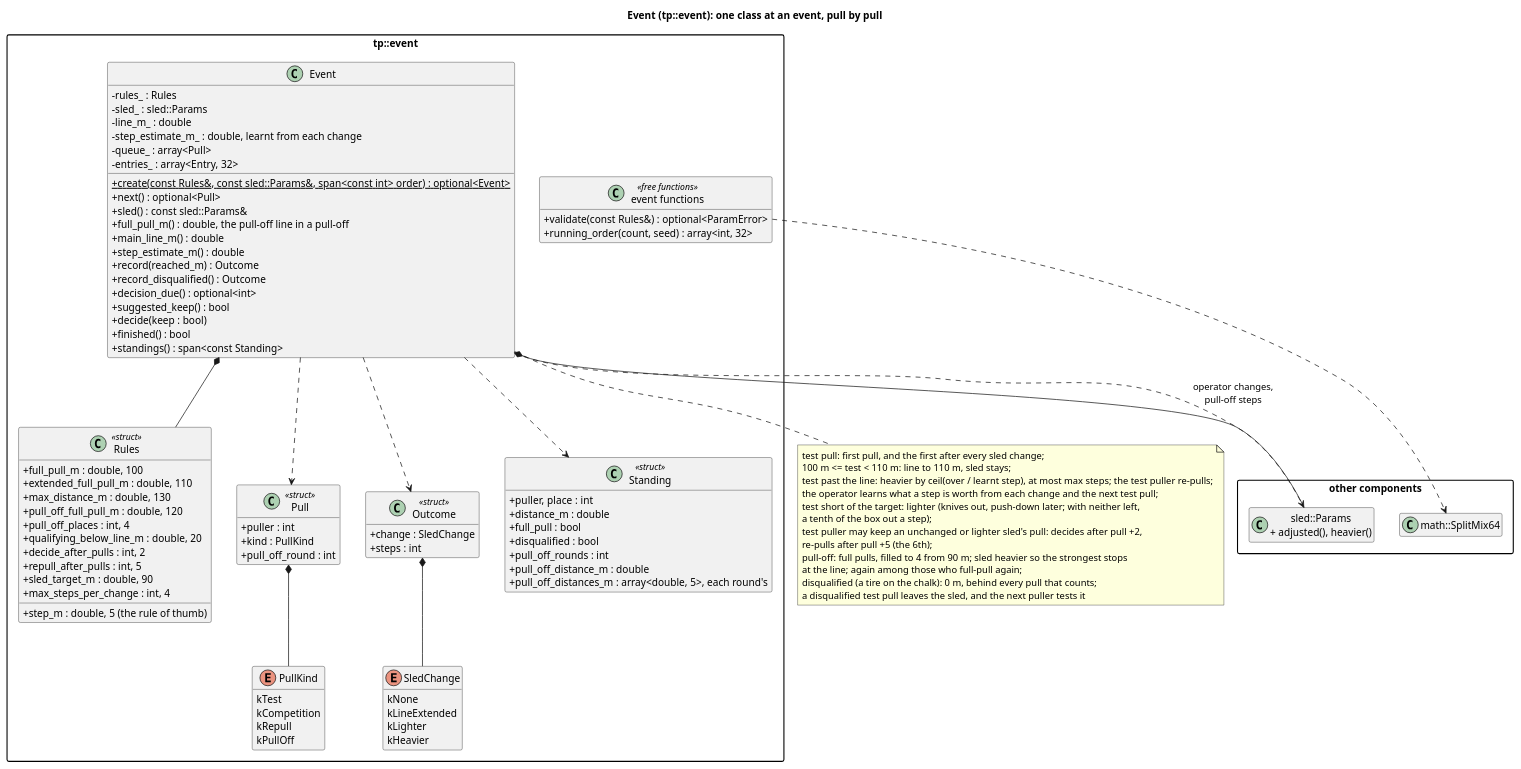
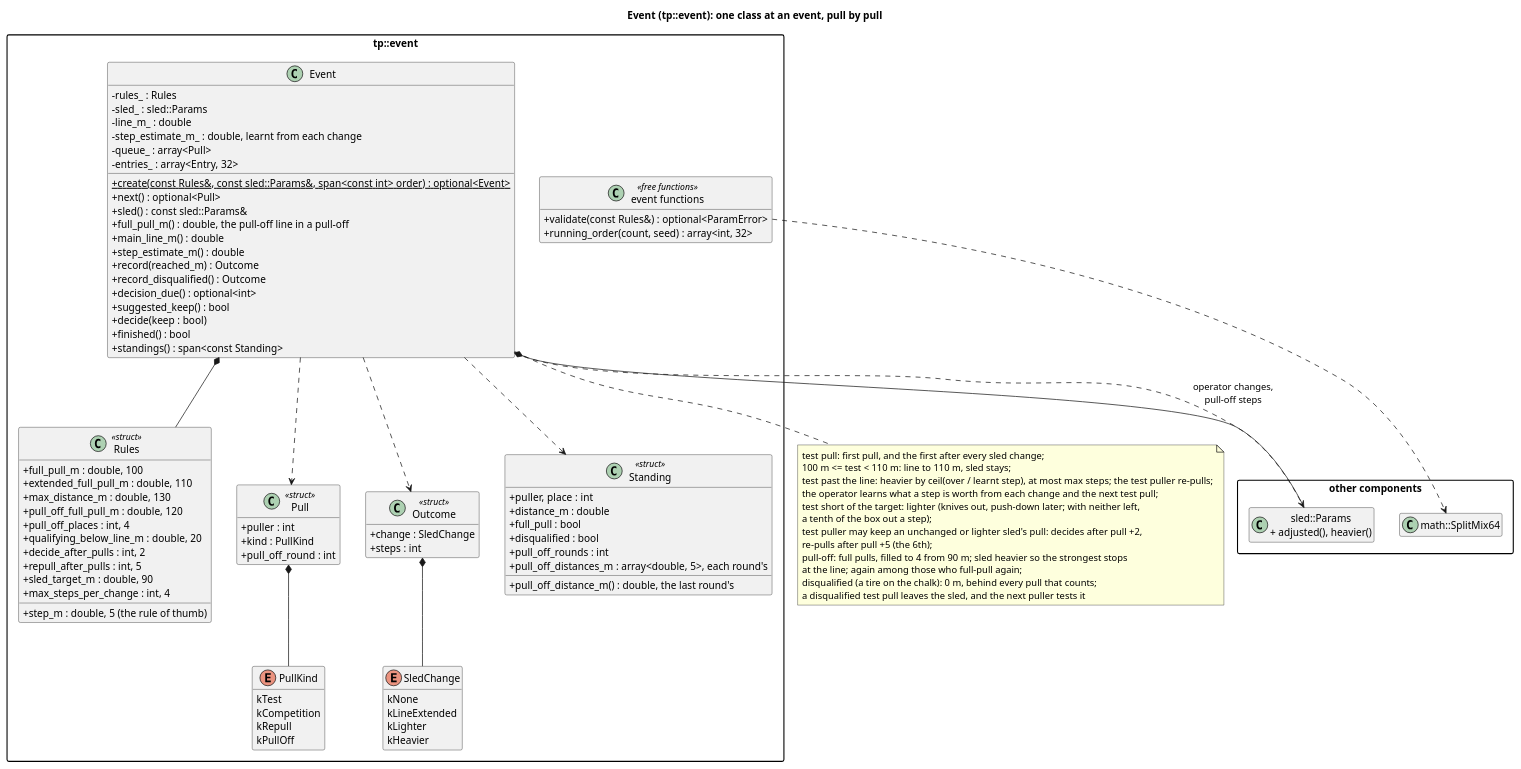
The diagram in docs/diagrams/event_classes.puml (wversteeg/TractorPulling), drawn with PlantUML before and after one commit. The commit also changed 13 other files, not shown here.

First line of the commit message:
Review: one pull-off distance, the board's places from the class, a test

```diff
--- a/docs/diagrams/event_classes.puml
+++ b/docs/diagrams/event_classes.puml
@@ -1,105 +1,105 @@
 @startuml event_classes
 title Event (tp::event): one class at an event, pull by pull
 hide empty members
 skinparam packageStyle rectangle
 skinparam classAttributeIconSize 0
 
 package "other components" {
   class "sled::Params\n+ adjusted(), heavier()" as Sled
   class "math::SplitMix64" as Random
 }
 
 package "tp::event" {
   class Rules <<struct>> {
     +full_pull_m : double, 100
     +extended_full_pull_m : double, 110
     +max_distance_m : double, 130
     +pull_off_full_pull_m : double, 120
     +pull_off_places : int, 4
     +qualifying_below_line_m : double, 20
     +decide_after_pulls : int, 2
     +repull_after_pulls : int, 5
     +sled_target_m : double, 90
     +step_m : double, 5 (the rule of thumb)
     +max_steps_per_change : int, 4
   }
   class Pull <<struct>> {
     +puller : int
     +kind : PullKind
     +pull_off_round : int
   }
   enum PullKind {
     kTest
     kCompetition
     kRepull
     kPullOff
   }
   enum SledChange {
     kNone
     kLineExtended
     kLighter
     kHeavier
   }
   class Outcome <<struct>> {
     +change : SledChange
     +steps : int
   }
   class Standing <<struct>> {
     +puller, place : int
     +distance_m : double
     +full_pull : bool
     +disqualified : bool
     +pull_off_rounds : int
-    +pull_off_distance_m : double
     +pull_off_distances_m : array<double, 5>, each round's
+    +pull_off_distance_m() : double, the last round's
   }
   class Event {
     -rules_ : Rules
     -sled_ : sled::Params
     -line_m_ : double
     -step_estimate_m_ : double, learnt from each change
     -queue_ : array<Pull>
     -entries_ : array<Entry, 32>
     +{static} create(const Rules&, const sled::Params&, span<const int> order) : optional<Event>
     +next() : optional<Pull>
     +sled() : const sled::Params&
     +full_pull_m() : double, the pull-off line in a pull-off
     +main_line_m() : double
     +step_estimate_m() : double
     +record(reached_m) : Outcome
     +record_disqualified() : Outcome
     +decision_due() : optional<int>
     +suggested_keep() : bool
     +decide(keep : bool)
     +finished() : bool
     +standings() : span<const Standing>
   }
   class "event functions" as EventFns <<free functions>> {
     +validate(const Rules&) : optional<ParamError>
     +running_order(count, seed) : array<int, 32>
   }
   Event *-- Rules
   Event ..> Pull
   Event ..> Outcome
   Event ..> Standing
   Pull *-- PullKind
   Outcome *-- SledChange
 }
 Event *-- Sled
 Event ..> Sled : operator changes,\npull-off steps
 EventFns ..> Random
 note bottom of Event
   test pull: first pull, and the first after every sled change;
   100 m <= test < 110 m: line to 110 m, sled stays;
   test past the line: heavier by ceil(over / learnt step), at most max steps; the test puller re-pulls;
   the operator learns what a step is worth from each change and the next test pull;
   test short of the target: lighter (knives out, push-down later; with neither left,
   a tenth of the box out a step);
   test puller may keep an unchanged or lighter sled's pull: decides after pull +2,
   re-pulls after pull +5 (the 6th);
   pull-off: full pulls, filled to 4 from 90 m; sled heavier so the strongest stops
   at the line; again among those who full-pull again;
   disqualified (a tire on the chalk): 0 m, behind every pull that counts;
   a disqualified test pull leaves the sled, and the next puller tests it
 end note
 @enduml
```
